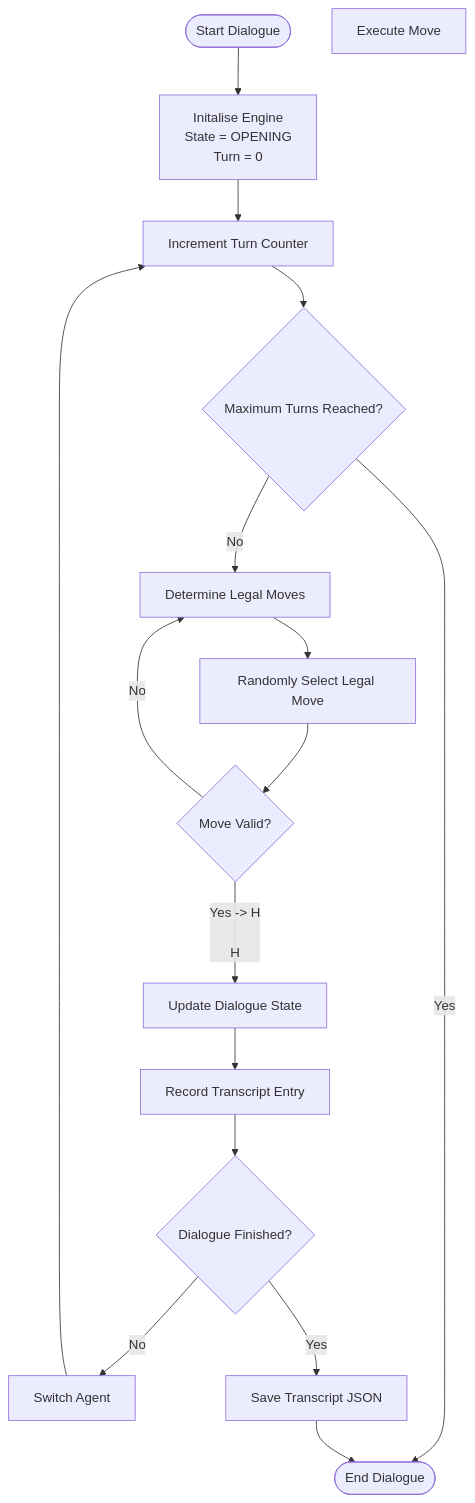
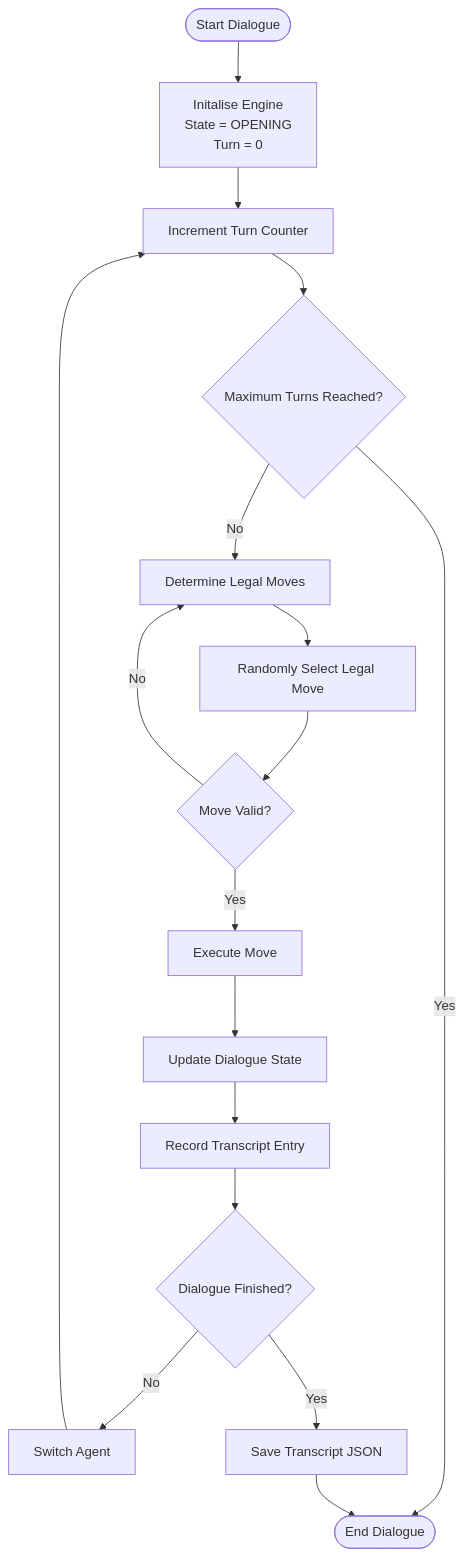
One commit to ewanblake/deliberation-games changed the diagram in docs/dialogue-engine-workflow.md. Above: the diagram before and after it, drawn with Mermaid.

Commit message:
Fixing Dialogue Engine Workflow Diagram

````diff
--- a/docs/dialogue-engine-workflow.md
+++ b/docs/dialogue-engine-workflow.md
@@ -1,54 +1,54 @@
 ```mermaid
 flowchart TD
 
     A([Start Dialogue])
 
     B[Initalise Engine<br/>State = OPENING<br/>Turn = 0]
 
     C[Increment Turn Counter]
 
     D{Maximum Turns Reached?}
 
     E[Determine Legal Moves]
 
     F[Randomly Select Legal Move]
 
     G{Move Valid?}
 
     H[Execute Move]
 
     I[Update Dialogue State]
 
     J[Record Transcript Entry]
 
     K{Dialogue Finished?}
 
     L[Switch Agent]
 
     M([End Dialogue])
 
     N[Save Transcript JSON]
 
     A --> B
     B --> C
     C --> D
 
     D -- No --> E
     D -- Yes --> M
 
     E --> F
     F --> G
 
     G -- No --> E
-    G -- Yes -> H
+    G -- Yes --> H
 
     H --> I
     I --> J
     J --> K
 
     K -- No --> L
     L --> C
 
     K -- Yes --> N
     N --> M
 ```
````
